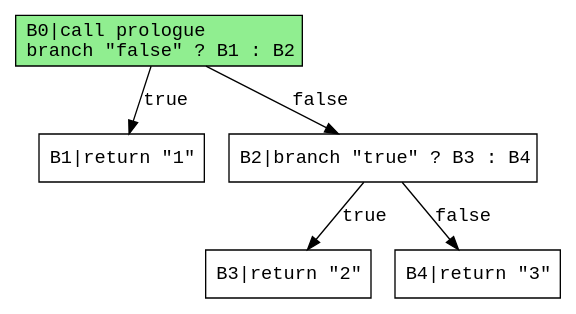
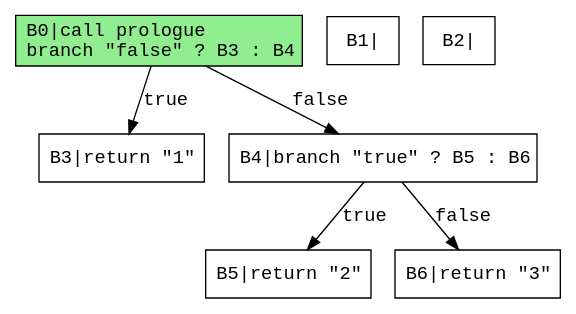
Before and after one commit to safarislava/ProcTranslator: the diagram in output/return.dot, drawn with Graphviz. The commit also changed 43 other files, not shown here.

```diff
--- a/output/return.dot
+++ b/output/return.dot
@@ -1,16 +1,18 @@
 digraph CFG {
   rankdir=TB;
   node [shape=box, fontname="Courier"];
   edge [fontname="Courier"];
 
-  B0 [label="B0|call prologue\lbranch \"false\" ? B1 : B2\l"];
-  B1 [label="B1|return \"1\"\l"];
-  B2 [label="B2|branch \"true\" ? B3 : B4\l"];
-  B3 [label="B3|return \"2\"\l"];
-  B4 [label="B4|return \"3\"\l"];
-  B0 -> B1 [label="true"];
-  B0 -> B2 [label="false"];
-  B2 -> B3 [label="true"];
-  B2 -> B4 [label="false"];
+  B0 [label="B0|call prologue\lbranch \"false\" ? B3 : B4\l"];
+  B1 [label="B1|"];
+  B2 [label="B2|"];
+  B3 [label="B3|return \"1\"\l"];
+  B4 [label="B4|branch \"true\" ? B5 : B6\l"];
+  B5 [label="B5|return \"2\"\l"];
+  B6 [label="B6|return \"3\"\l"];
+  B0 -> B3 [label="true"];
+  B0 -> B4 [label="false"];
+  B4 -> B5 [label="true"];
+  B4 -> B6 [label="false"];
   B0 [style=filled, fillcolor=lightgreen];
 }
```
